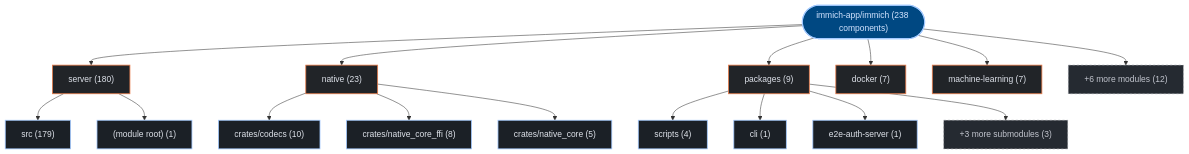
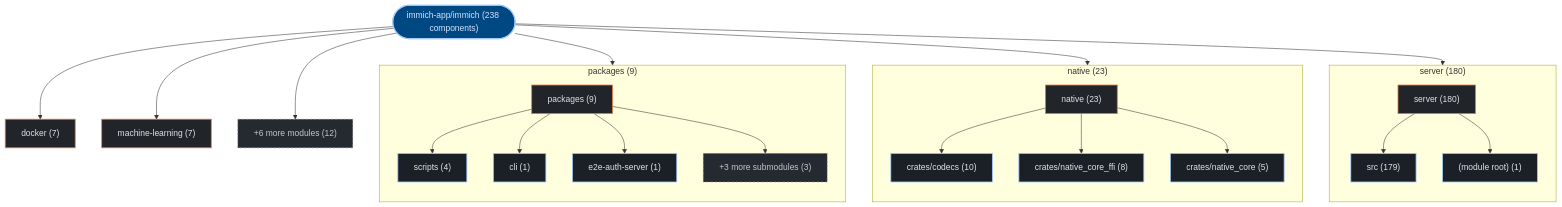
One commit to kumarshaz/atruss-code-atlas changed the first of 3 diagrams in exports/latest/reports/immich-app-immich-report.md. Above: the diagram before and after it, drawn with Mermaid. The commit also changed 178 other files, not shown here.

Commit message:
feat(ui,mermaid): upgrade to mermaid v12 + ELK layout, add orgs-summary + pagination, subgraph building blocks, fix tab alignment

````diff
--- a/exports/latest/reports/immich-app-immich-report.md
+++ b/exports/latest/reports/immich-app-immich-report.md
@@ -42,41 +42,50 @@
 ```mermaid
 graph TD;
   classDef atlasRoot fill:#004882,stroke:#a3c9ff,stroke-width:2px,color:#d3e4ff
   classDef atlasCategory fill:#212428,stroke:#E87A48,stroke-width:1.5px,color:#dfe3eb
   classDef atlasWorkflow fill:#1b2026,stroke:#a3c9ff,stroke-width:1.5px,color:#dfe3eb
   classDef atlasJob fill:#171c22,stroke:#8d9199,stroke-width:1px,color:#dfe3eb
   classDef atlasTarget fill:#005227,stroke:#8bd99b,stroke-width:1.5px,color:#a7f6b6
   classDef atlasAlert fill:#93000a,stroke:#ffb4ab,stroke-width:1.5px,color:#ffdad6
   classDef atlasMore fill:#252a31,stroke:#8d9199,stroke-dasharray:4 4,color:#c3c6cf
     repo_root(["immich-app/immich (238 components)"]):::atlasRoot
-    dir_0_server["server (180)"]:::atlasCategory
+    subgraph sg_dir_0_server["server (180)"]
+      direction TB
+      dir_0_server["server (180)"]:::atlasCategory
+      sub_0_0_src["src (179)"]:::atlasWorkflow
+      dir_0_server --> sub_0_0_src
+      sub_0_1__module_root_["(module root) (1)"]:::atlasWorkflow
+      dir_0_server --> sub_0_1__module_root_
+    end
     repo_root --> dir_0_server
-    sub_0_0_src["src (179)"]:::atlasWorkflow
-    dir_0_server --> sub_0_0_src
-    sub_0_1__module_root_["(module root) (1)"]:::atlasWorkflow
-    dir_0_server --> sub_0_1__module_root_
-    dir_1_native["native (23)"]:::atlasCategory
+    subgraph sg_dir_1_native["native (23)"]
+      direction TB
+      dir_1_native["native (23)"]:::atlasCategory
+      sub_1_0_crates_codecs["crates/codecs (10)"]:::atlasWorkflow
+      dir_1_native --> sub_1_0_crates_codecs
+      sub_1_1_crates_native_core_ffi["crates/native_core_ffi (8)"]:::atlasWorkflow
+      dir_1_native --> sub_1_1_crates_native_core_ffi
+      sub_1_2_crates_native_core["crates/native_core (5)"]:::atlasWorkflow
+      dir_1_native --> sub_1_2_crates_native_core
+    end
     repo_root --> dir_1_native
-    sub_1_0_crates_codecs["crates/codecs (10)"]:::atlasWorkflow
-    dir_1_native --> sub_1_0_crates_codecs
-    sub_1_1_crates_native_core_ffi["crates/native_core_ffi (8)"]:::atlasWorkflow
-    dir_1_native --> sub_1_1_crates_native_core_ffi
-    sub_1_2_crates_native_core["crates/native_core (5)"]:::atlasWorkflow
-    dir_1_native --> sub_1_2_crates_native_core
-    dir_2_packages["packages (9)"]:::atlasCategory
+    subgraph sg_dir_2_packages["packages (9)"]
+      direction TB
+      dir_2_packages["packages (9)"]:::atlasCategory
+      sub_2_0_scripts["scripts (4)"]:::atlasWorkflow
+      dir_2_packages --> sub_2_0_scripts
+      sub_2_1_cli["cli (1)"]:::atlasWorkflow
+      dir_2_packages --> sub_2_1_cli
+      sub_2_2_e2e_auth_server["e2e-auth-server (1)"]:::atlasWorkflow
+      dir_2_packages --> sub_2_2_e2e_auth_server
+      sub_2_more["+3 more submodules (3)"]:::atlasMore
+      dir_2_packages --> sub_2_more
+    end
     repo_root --> dir_2_packages
-    sub_2_0_scripts["scripts (4)"]:::atlasWorkflow
-    dir_2_packages --> sub_2_0_scripts
-    sub_2_1_cli["cli (1)"]:::atlasWorkflow
-    dir_2_packages --> sub_2_1_cli
-    sub_2_2_e2e_auth_server["e2e-auth-server (1)"]:::atlasWorkflow
-    dir_2_packages --> sub_2_2_e2e_auth_server
-    sub_2_more["+3 more submodules (3)"]:::atlasMore
-    dir_2_packages --> sub_2_more
     dir_3_docker["docker (7)"]:::atlasCategory
     repo_root --> dir_3_docker
     dir_4_machine_learning["machine-learning (7)"]:::atlasCategory
     repo_root --> dir_4_machine_learning
     dir_other_modules["+6 more modules (12)"]:::atlasMore
     repo_root --> dir_other_modules
 ```
````
